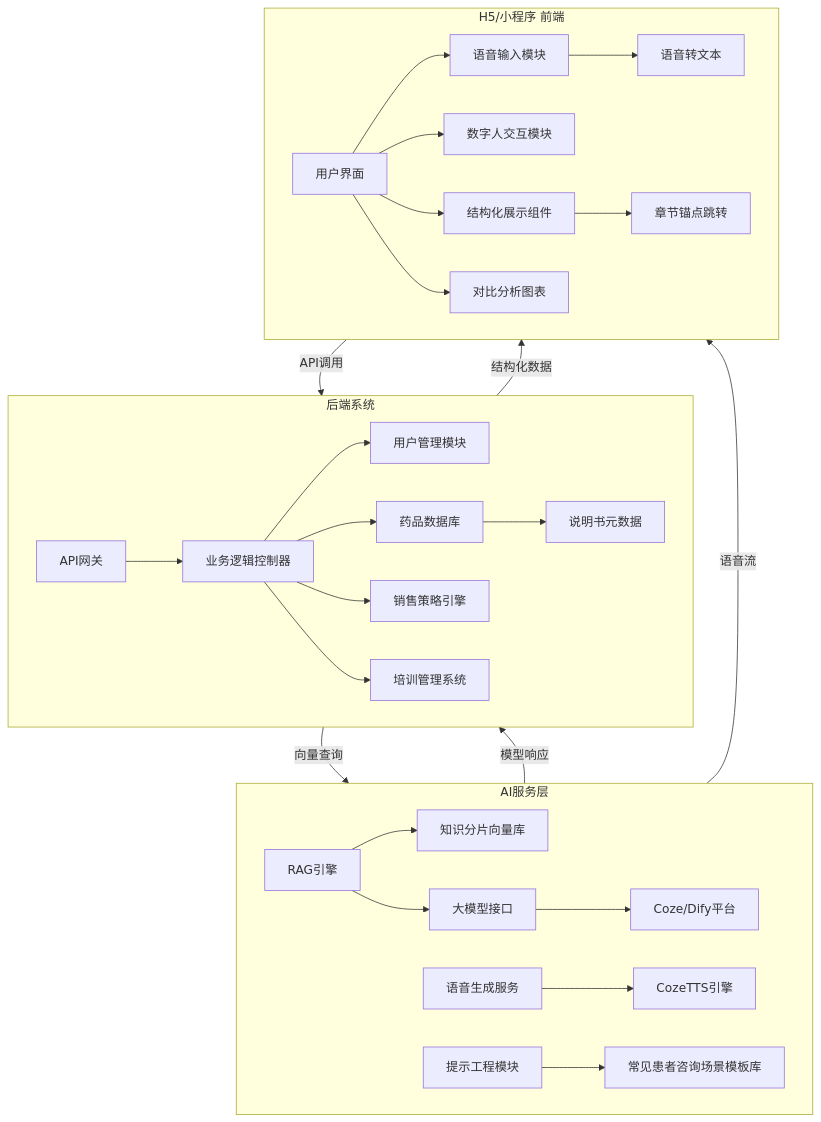
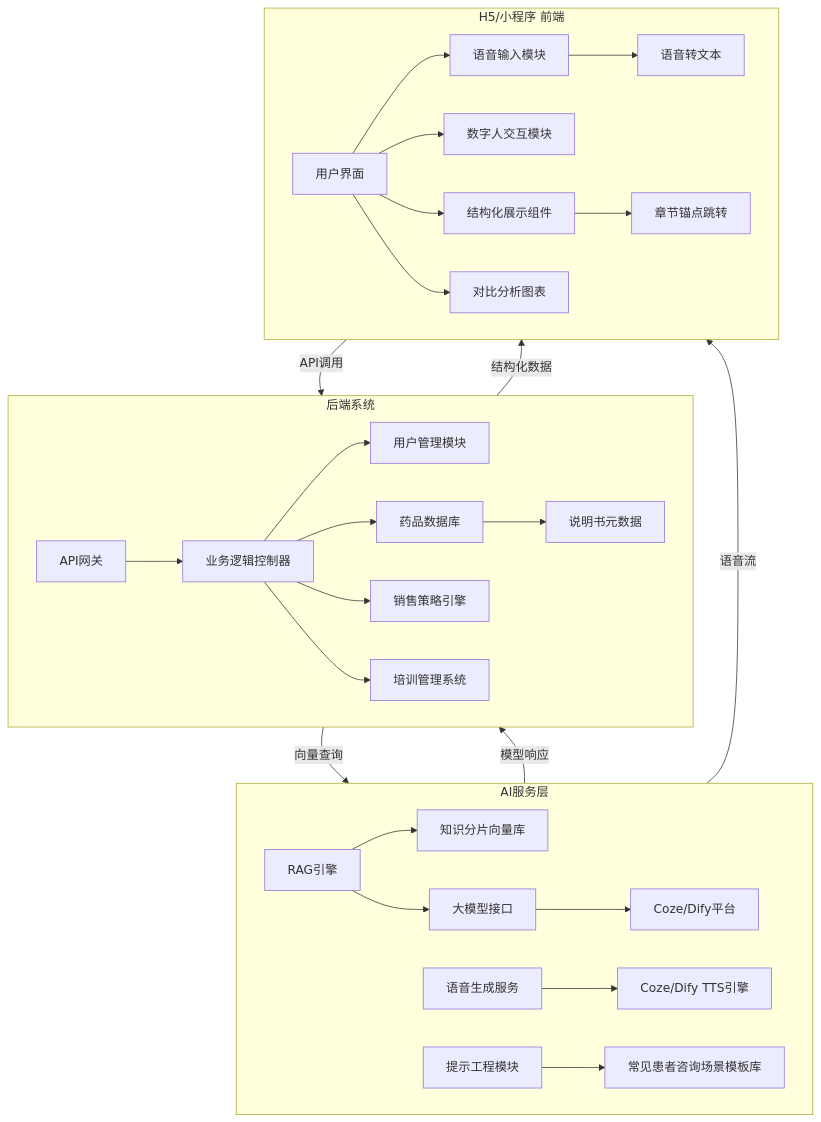
Before and after one commit to funnyData/iodraw-files: the diagram in all/结构图.md, drawn with Mermaid.

Commit message:
2025-02-19 20:35:08 update

````diff
--- a/all/结构图.md
+++ b/all/结构图.md
@@ -1,38 +1,39 @@
 ```mermaid
 %% 结构图
 graph TD
     subgraph AI[AI服务层]
         O[RAG引擎] --> P[知识分片向量库]
         O --> Q[大模型接口]
         Q --> R[Coze/Dify平台]
-        S[语音生成服务] --> T[CozeTTS引擎]
+        S
+        S[语音生成服务] --> T[Coze/Dify TTS引擎]
         U[提示工程模块] --> V[常见患者咨询场景模板库]
     end
 
 
     subgraph Backend[后端系统]
         H[API网关] --> I[业务逻辑控制器]
         I --> J[用户管理模块]
         I --> K[药品数据库]
         I --> L[销售策略引擎]
         I --> M[培训管理系统]
         K --> N[说明书元数据]
     end
 
     subgraph Frontend[H5/小程序 前端]
         A[用户界面] --> B[语音输入模块]
         A --> C[数字人交互模块]
         A --> D[结构化展示组件]
         A --> E[对比分析图表]
         B --> F[语音转文本]
         D --> G[章节锚点跳转]
     end
 
 
 
     Frontend -->|API调用| Backend
     Backend -->|向量查询| AI
     AI -->|模型响应| Backend
     Backend -->|结构化数据| Frontend
     AI -->|语音流| Frontend
 ```
````
